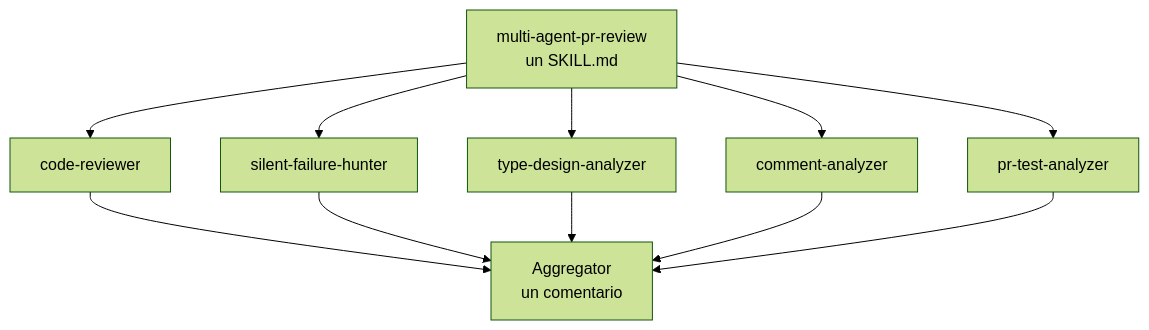
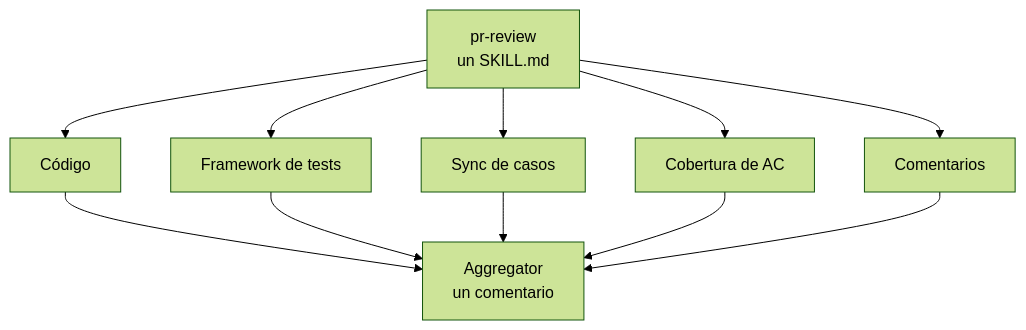
Before and after one commit to edcrove/claude-qa-demo: the diagram in slides/diagrams/subagentes.mmd, drawn with Mermaid (forest theme). The commit also changed 15 other files, not shown here.

First line of the commit message:
feat(slides): the real reviewers in the diagram, the simplified ones in the demo

```diff
--- a/slides/diagrams/subagentes.mmd
+++ b/slides/diagrams/subagentes.mmd
@@ -1,14 +1,14 @@
-%% Fan-out del skill multi-agent-pr-review.
+%% Fan-out del skill de review de PRs — los cinco reviewers propios.
 %% Editá acá, no el .svg — el .svg se regenera con scripts/build-diagrams.sh.
 flowchart TB
-  M["multi-agent-pr-review<br/>un SKILL.md"]
-  M --> A["code-reviewer"]
-  M --> B["silent-failure-hunter"]
-  M --> C["type-design-analyzer"]
-  M --> D["comment-analyzer"]
-  M --> E["pr-test-analyzer"]
+  M["pr-review<br/>un SKILL.md"]
+  M --> A["Código"]
+  M --> B["Framework de tests"]
+  M --> C["Sync de casos"]
+  M --> D["Cobertura de AC"]
+  M --> E["Comentarios"]
   A --> G["Aggregator<br/>un comentario"]
   B --> G
   C --> G
   D --> G
   E --> G
```
